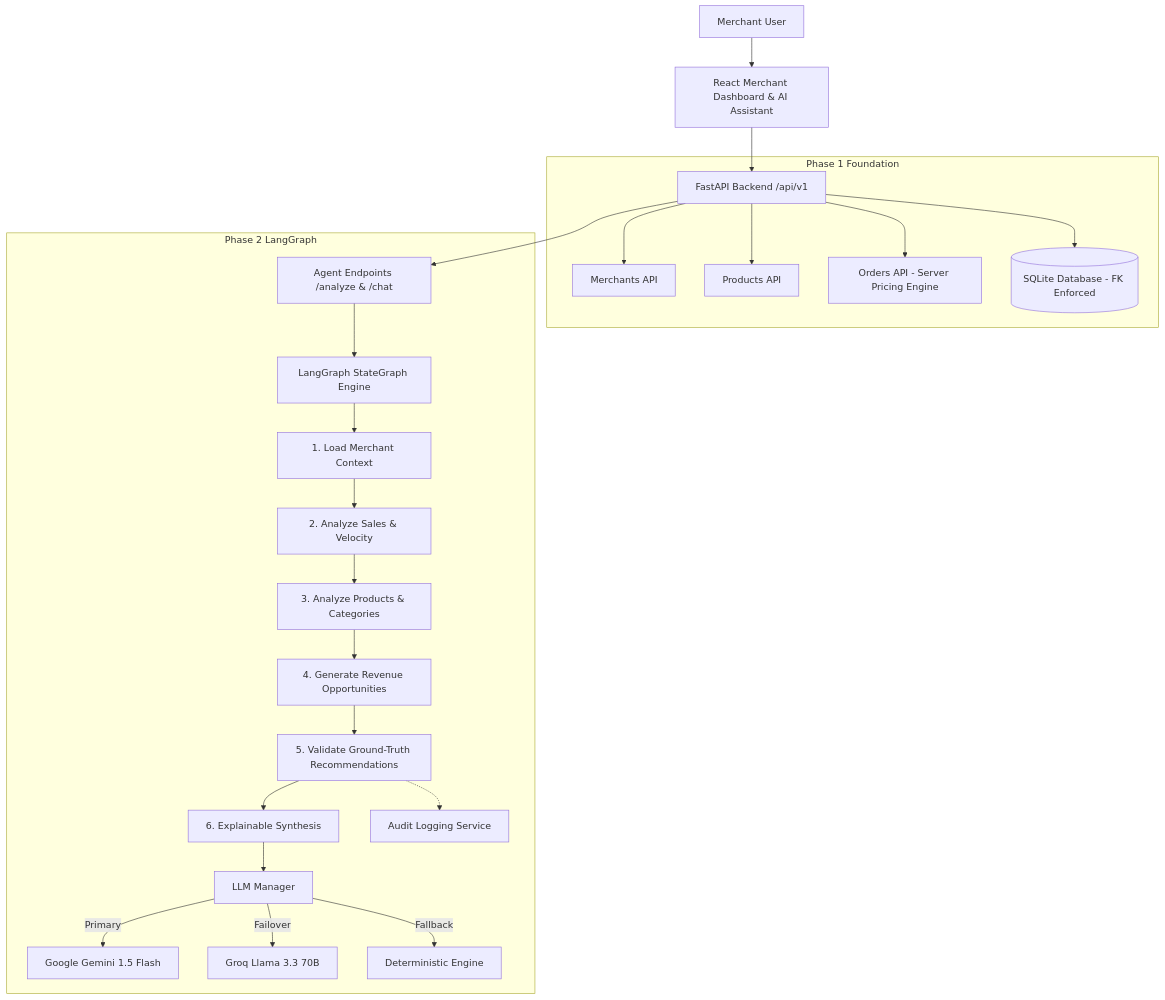
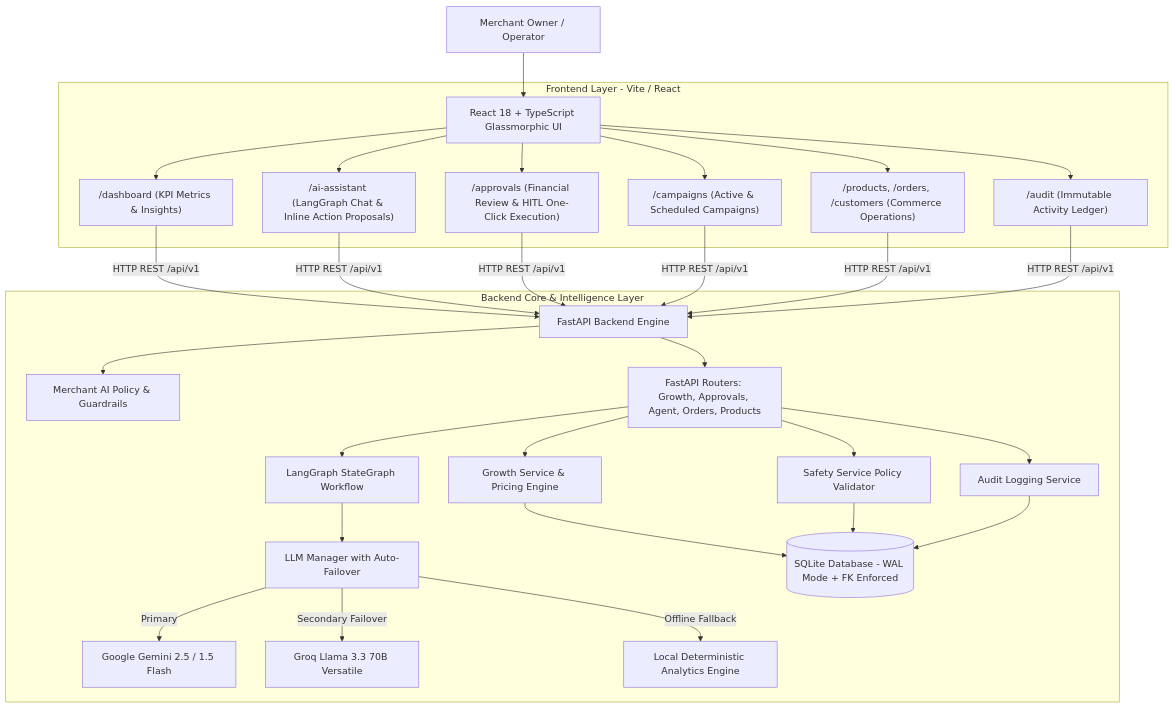
The first of 3 diagrams in README.md (srmk-2005/agentic-commerce-platform), drawn with Mermaid before and after one commit. The commit also changed other lines of this file and 2 other files, not shown here.

````diff
--- a/README.md
+++ b/README.md
@@ -19,31 +67,34 @@
 ```mermaid
 flowchart TD
-    Merchant[Merchant User] --> UI[React Merchant Dashboard & AI Assistant]
-    UI --> API[FastAPI Backend /api/v1]
+    Merchant[Merchant Owner / Operator] --> WebUI[React 18 + TypeScript Glassmorphic UI]
     
-    subgraph Core Commerce Layer [Phase 1 Foundation]
-        API --> MerchantsAPI[Merchants API]
-        API --> ProductsAPI[Products API]
-        API --> OrdersAPI[Orders API - Server Pricing Engine]
-        API --> DB[(SQLite Database - FK Enforced)]
+    subgraph FrontendApp [Frontend Layer - Vite / React]
+        WebUI --> DashboardPage["/dashboard (KPI Metrics & Insights)"]
+        WebUI --> AIAssistantPage["/ai-assistant (LangGraph Chat & Inline Action Proposals)"]
+        WebUI --> ApprovalsPage["/approvals (Financial Review & HITL One-Click Execution)"]
+        WebUI --> CampaignsPage["/campaigns (Active & Scheduled Campaigns)"]
+        WebUI --> CatalogPages["/products, /orders, /customers (Commerce Operations)"]
+        WebUI --> AuditPage["/audit (Immutable Activity Ledger)"]
     end
-    
-    subgraph Agentic Intelligence Layer [Phase 2 LangGraph]
-        API --> AgentAPI[Agent Endpoints /analyze & /chat]
-        AgentAPI --> LangGraph[LangGraph StateGraph Engine]
+
+    DashboardPage & AIAssistantPage & ApprovalsPage & CampaignsPage & CatalogPages & AuditPage -->|HTTP REST /api/v1| FastAPI[FastAPI Backend Engine]
+
+    subgraph BackendApp [Backend Core & Intelligence Layer]
+        FastAPI --> AuthPolicy[Merchant AI Policy & Guardrails]
+        FastAPI --> RouterLayer[FastAPI Routers: Growth, Approvals, Agent, Orders, Products]
         
-        LangGraph --> N1[1. Load Merchant Context]
-        N1 --> N2[2. Analyze Sales & Velocity]
-        N2 --> N3[3. Analyze Products & Categories]
-        N3 --> N4[4. Generate Revenue Opportunities]
-        N4 --> N5[5. Validate Ground-Truth Recommendations]
-        N5 --> N6[6. Explainable Synthesis]
+        RouterLayer --> GrowthEngine[Growth Service & Pricing Engine]
+        RouterLayer --> SafetyEngine[Safety Service Policy Validator]
+        RouterLayer --> AgentGraph[LangGraph StateGraph Workflow]
         
-        N6 --> LLMManager[LLM Manager]
-        LLMManager -->|Primary| Gemini[Google Gemini 1.5 Flash]
-        LLMManager -->|Failover| Groq[Groq Llama 3.3 70B]
-        LLMManager -->|Fallback| Mock[Deterministic Engine]
+        AgentGraph --> LLMManager[LLM Manager with Auto-Failover]
+        LLMManager -->|Primary| Gemini[Google Gemini 2.5 / 1.5 Flash]
+        LLMManager -->|Secondary Failover| Groq[Groq Llama 3.3 70B Versatile]
+        LLMManager -->|Offline Fallback| RuleEngine[Local Deterministic Analytics Engine]
         
-        N5 -.-> Audit[Audit Logging Service]
+        GrowthEngine --> DB[(SQLite Database - WAL Mode + FK Enforced)]
+        SafetyEngine --> DB
+        RouterLayer --> AuditService[Audit Logging Service]
+        AuditService --> DB
     end
 ```
````
